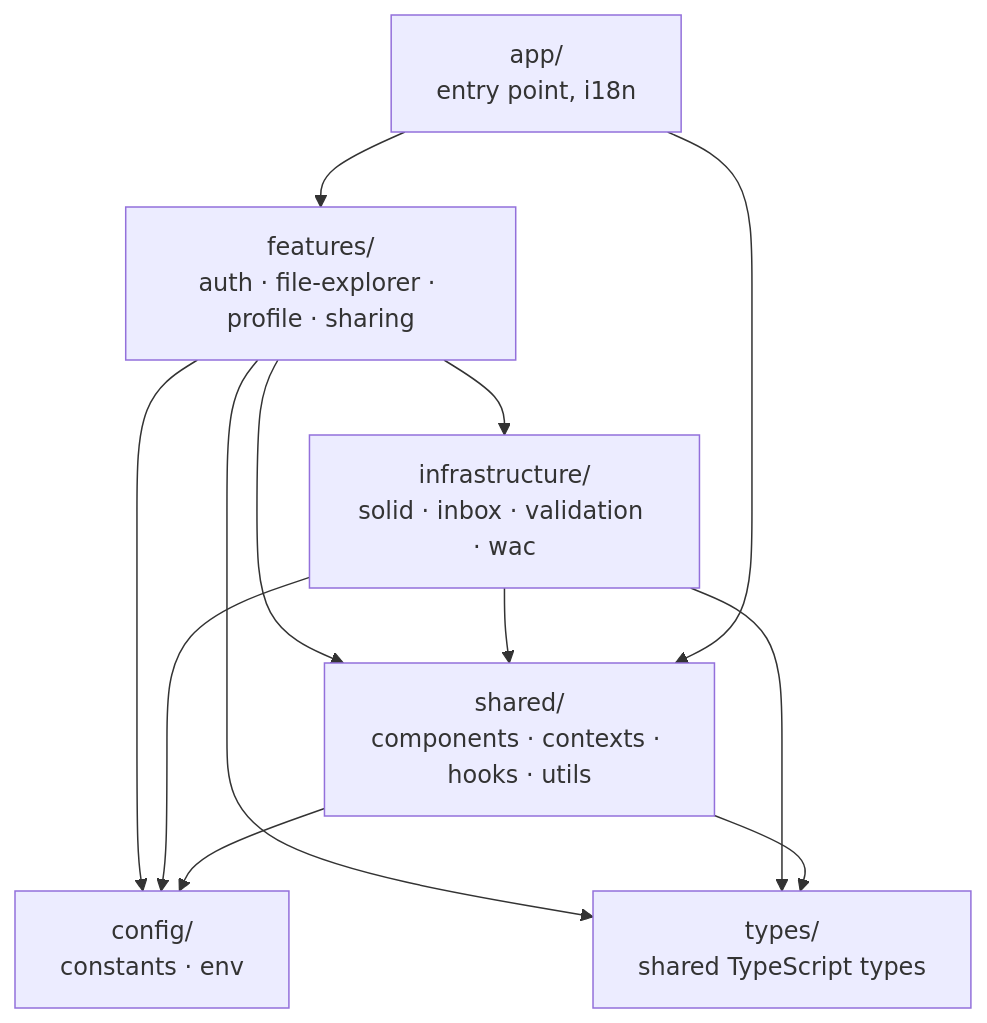
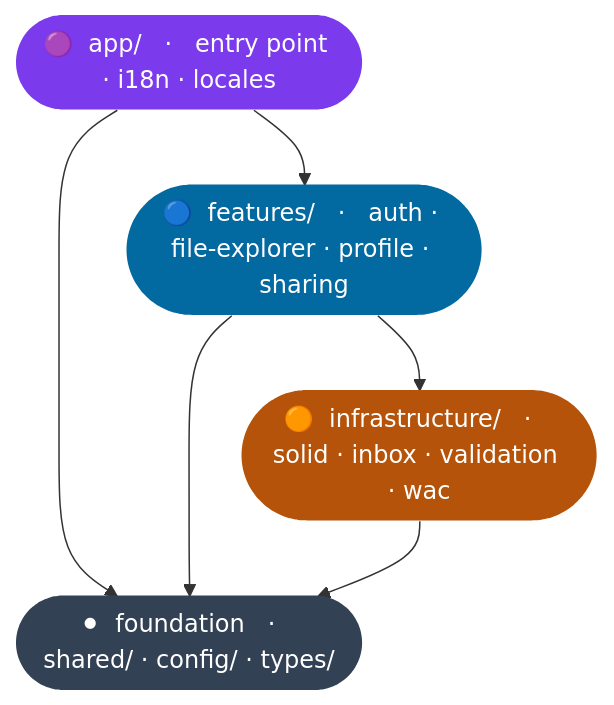
Before and after one commit to WSE-research/Solid.Drive: the diagram in src/README.md, drawn with Mermaid. The commit also changed other lines of this file, not shown here.

Commit message:
docs: add architecture diagram to src/README.md

````diff
--- a/src/README.md
+++ b/src/README.md
@@ -9,21 +9,18 @@
 ```mermaid
-graph TD
-    app["app/\nentry point, i18n"]
-    features["features/\nauth · file-explorer · profile · sharing"]
-    infrastructure["infrastructure/\nsolid · inbox · validation · wac"]
-    shared["shared/\ncomponents · contexts · hooks · utils"]
-    config["config/\nconstants · env"]
-    types["types/\nshared TypeScript types"]
+flowchart TD
+    classDef app   fill:#7c3aed,stroke:none,color:#fff
+    classDef feat  fill:#0369a1,stroke:none,color:#fff
+    classDef infra fill:#b45309,stroke:none,color:#fff
+    classDef base  fill:#334155,stroke:none,color:#fff
+
+    app(["🟣  app/   ·   entry point · i18n · locales"]):::app
+    features(["🔵  features/   ·   auth · file-explorer · profile · sharing"]):::feat
+    infrastructure(["🟠  infrastructure/   ·   solid · inbox · validation · wac"]):::infra
+    foundation(["⚫  foundation   ·   shared/ · config/ · types/"]):::base
 
     app --> features
+    app --> foundation
     features --> infrastructure
-    features --> shared
-    infrastructure --> shared
-    app --> shared
-    features --> config
-    infrastructure --> config
-    shared --> config
-    features --> types
-    infrastructure --> types
-    shared --> types
+    features --> foundation
+    infrastructure --> foundation
 ```
````
